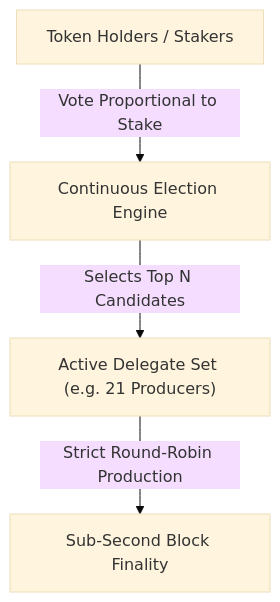
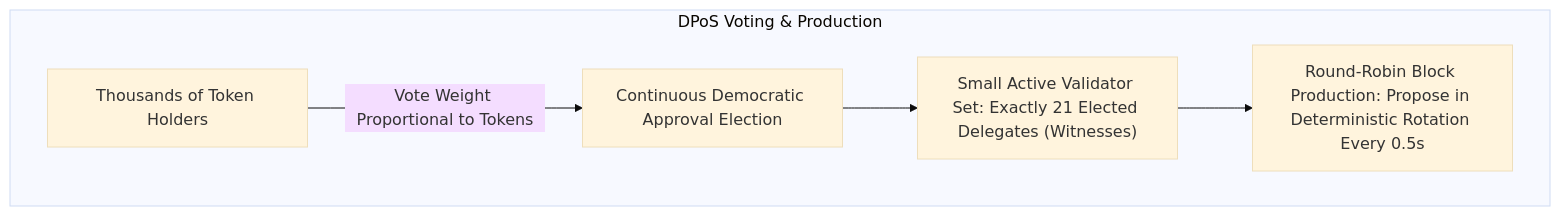
The first of 4 diagrams in docs/learn/fundamentals/03-consensus-and-game-theory/04-alternative-and-hybrid-consensus-models.md (ub-society/modules), drawn with Mermaid (base theme) before and after one commit. The commit also changed other lines of this file and 3 other files, not shown here.

````diff
--- a/docs/learn/fundamentals/03-consensus-and-game-theory/04-alternative-and-hybrid-consensus-models.md
+++ b/docs/learn/fundamentals/03-consensus-and-game-theory/04-alternative-and-hybrid-consensus-models.md
@@ -11,6 +19,9 @@
 ```mermaid
 flowchart TD
-    TokenHolders[Token Holders / Stakers] -->|Vote Proportional to Stake| Election[Continuous Election Engine]
-    Election -->|Selects Top N Candidates| ActiveSet["Active Delegate Set (e.g. 21 Producers)"]
-    ActiveSet -->|Strict Round-Robin Production| Blocks[Sub-Second Block Finality]
+    subgraph DPoS Voting & Production
+        TokenHolders[Thousands of Token Holders] -->|Vote Weight Proportional to Tokens| Election[Continuous Democratic Approval Election]
+        Election --> Delegates["Small Active Validator Set: Exactly 21 Elected Delegates (Witnesses)"]
+
+        Delegates --> RoundRobin["Round-Robin Block Production: Propose in Deterministic Rotation Every 0.5s"]
+    end
 ```
````
